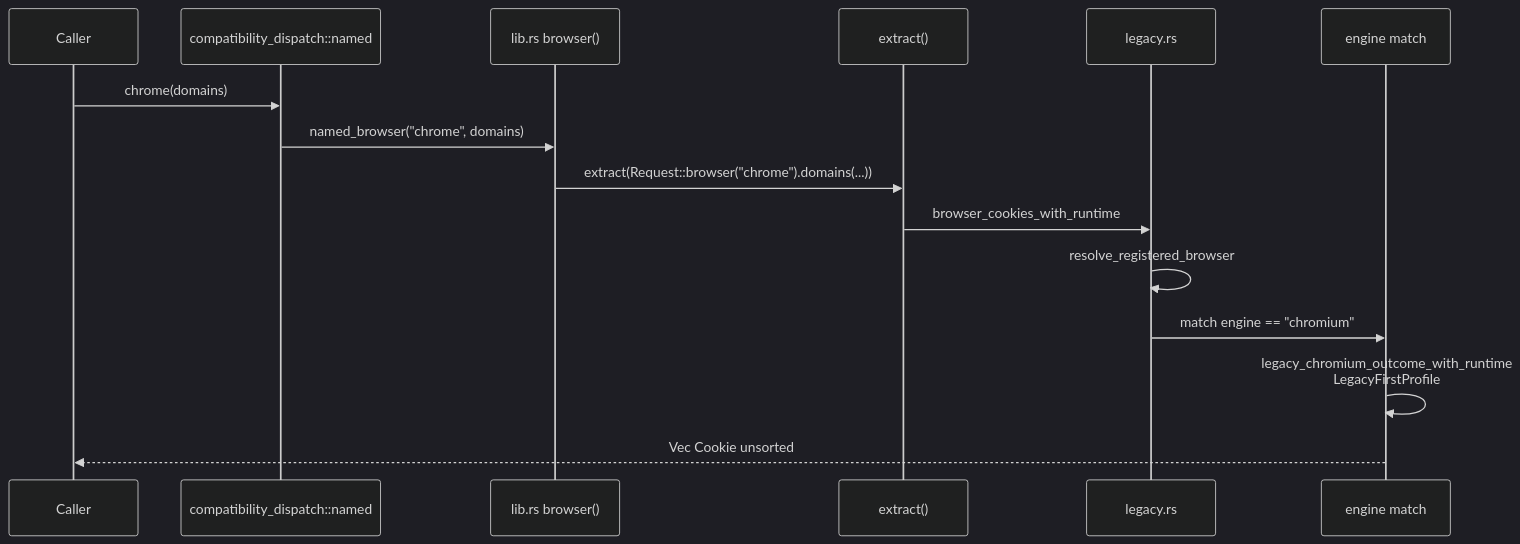
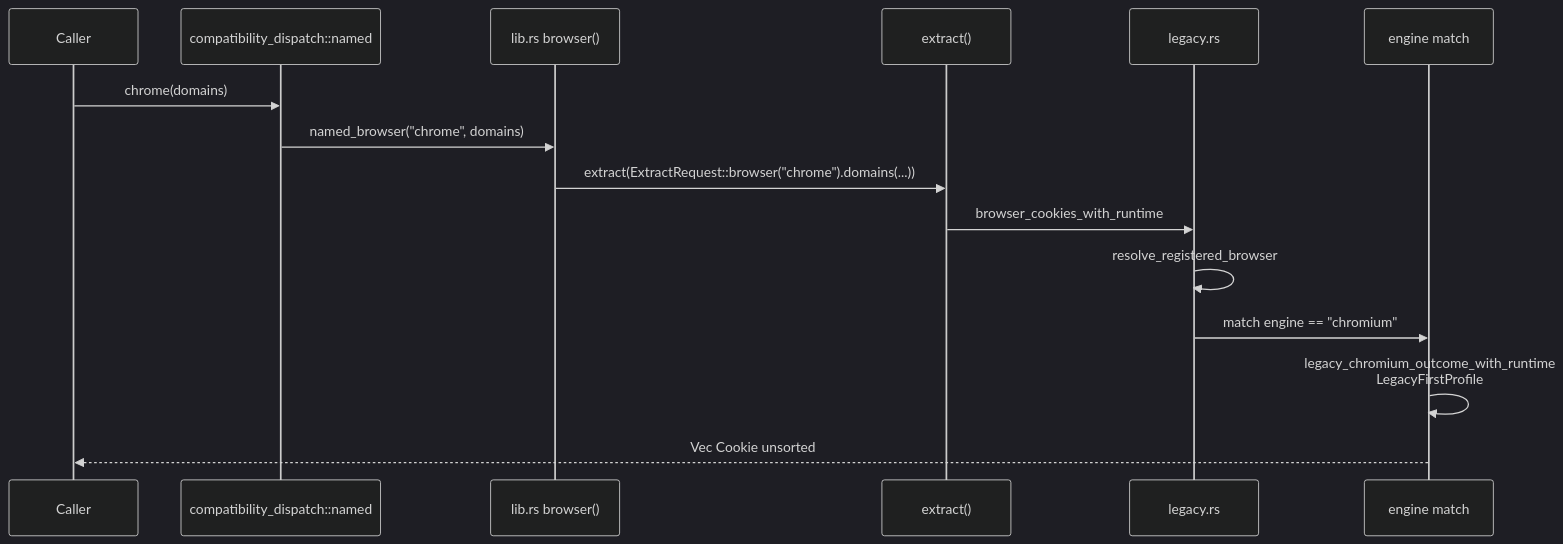
Diagram 12 of 16 in docs/architecture.md (teng-lin/rookie), drawn with Mermaid (dark theme) before and after one commit. The commit also changed other lines of this file and 1 other file, not shown here.

First line of the commit message:
docs: bring the architecture catalog up to the 0.6.0 job surface

````diff
--- a/docs/architecture.md
+++ b/docs/architecture.md
@@ -1160,18 +1219,18 @@
 ```mermaid
 sequenceDiagram
   participant C as Caller
   participant N as compatibility_dispatch::named
   participant B as lib.rs browser()
   participant X as extract()
   participant L as legacy.rs
   participant Eng as engine match
 
   C->>N: chrome(domains)
   N->>B: named_browser("chrome", domains)
-  B->>X: extract(Request::browser("chrome").domains(...))
+  B->>X: extract(ExtractRequest::browser("chrome").domains(...))
   X->>L: browser_cookies_with_runtime
   L->>L: resolve_registered_browser
   L->>Eng: match engine == "chromium"
   Eng->>Eng: legacy_chromium_outcome_with_runtime<br/>LegacyFirstProfile
   Eng-->>C: Vec Cookie unsorted
 ```
````
